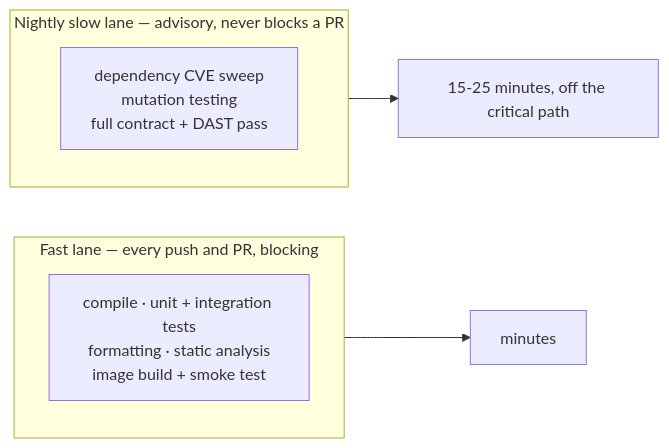
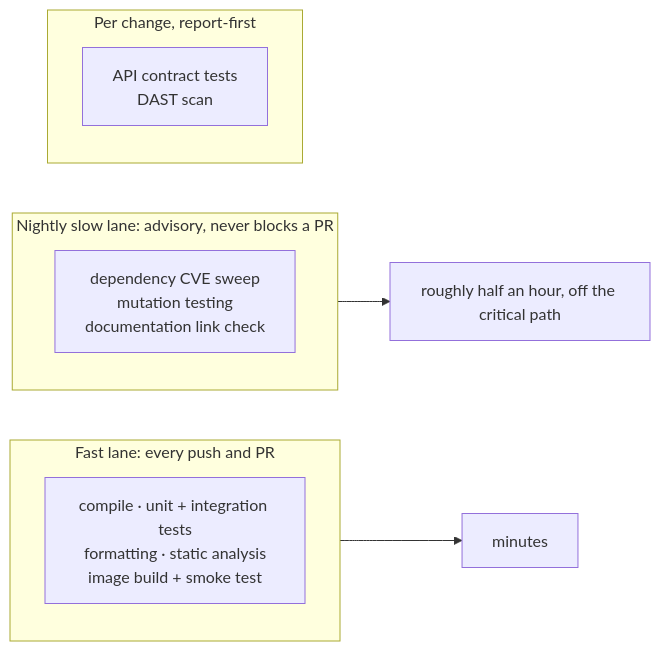
Before and after one commit to schultzzznet/schultzzznet: the diagram in docs/quality.md, drawn with Mermaid. The commit also changed other lines of this file and 13 other files, not shown here.

````diff
--- a/docs/quality.md
+++ b/docs/quality.md
@@ -23,11 +34,14 @@
 ```mermaid
 flowchart LR
-  subgraph FAST["Fast lane — every push and PR, blocking"]
+  subgraph FAST["Fast lane: every push and PR"]
     A["compile · unit + integration tests<br/>formatting · static analysis<br/>image build + smoke test"]
   end
-  subgraph SLOW["Nightly slow lane — advisory, never blocks a PR"]
-    B["dependency CVE sweep<br/>mutation testing<br/>full contract + DAST pass"]
+  subgraph SLOW["Nightly slow lane: advisory, never blocks a PR"]
+    B["dependency CVE sweep<br/>mutation testing<br/>documentation link check"]
+  end
+  subgraph CHG["Per change, report-first"]
+    C["API contract tests<br/>DAST scan"]
   end
   FAST --> M["minutes"]
-  SLOW --> N["15-25 minutes, off the critical path"]
+  SLOW --> N["roughly half an hour, off the critical path"]
 ```
````
